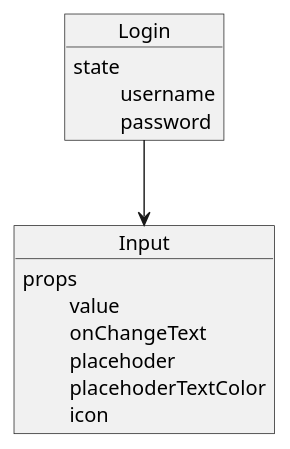
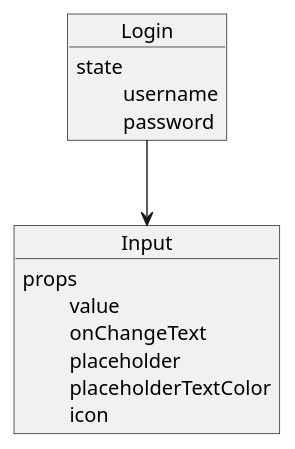
The diagram in uml/components/login.plantuml (suxiaoshao/entry-task), drawn with PlantUML before and after one commit. The commit also changed 12 other files, not shown here.

```diff
--- a/uml/components/login.plantuml
+++ b/uml/components/login.plantuml
@@ -1,16 +1,16 @@
 @startuml "login page"
 object Login{
     state
     \t username
     \t password
 }
 object Input{
     props
     \t value
     \t onChangeText
-    \t placehoder
-    \t placehoderTextColor
+    \t placeholder
+    \t placeholderTextColor
     \t icon
 }
 Login -->Input
 @enduml
```
